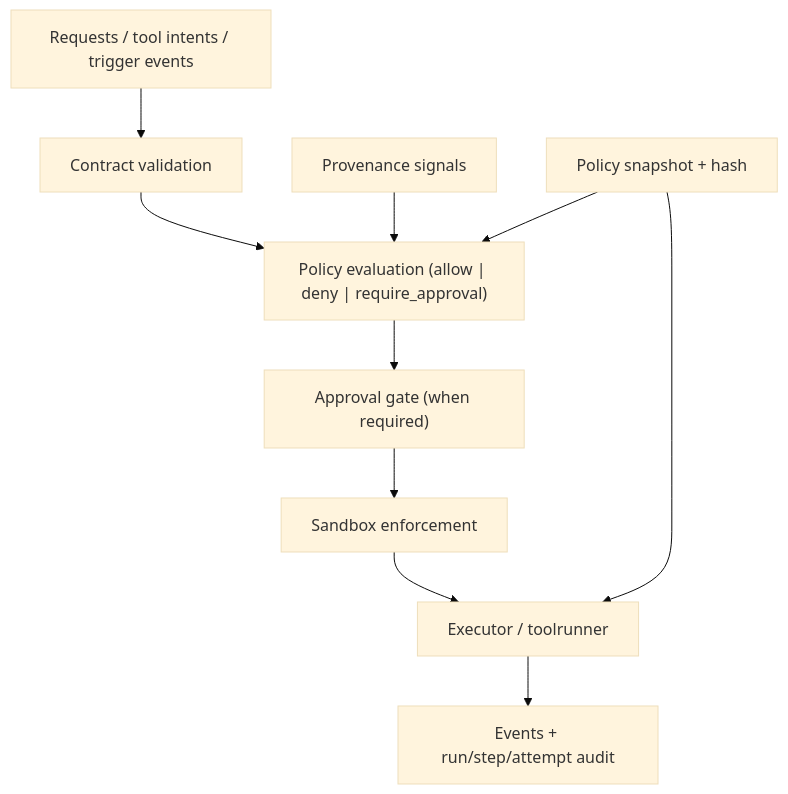
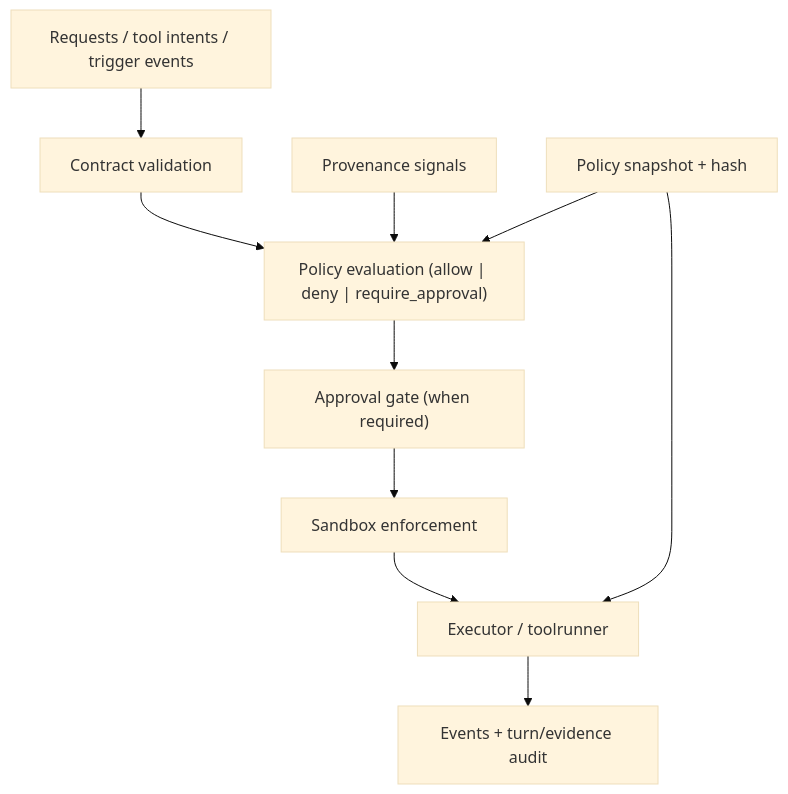
The diagram in docs/architecture/gateway/sandbox-policy/index.md (tyrumai/tyrum), drawn with Mermaid (base theme) before and after one commit. The commit also changed other lines of this file and 56 other files, not shown here.

Commit message:
docs: rewrite architecture around conversations and turns (#1829)

````diff
--- a/docs/architecture/gateway/sandbox-policy/index.md
+++ b/docs/architecture/gateway/sandbox-policy/index.md
@@ -17,13 +17,13 @@
 ```mermaid
 flowchart TB
   Ingress["Requests / tool intents / trigger events"] --> Contracts["Contract validation"]
   Contracts --> Policy["Policy evaluation (allow | deny | require_approval)"]
   Policy --> Approvals["Approval gate (when required)"]
   Approvals --> Sandbox["Sandbox enforcement"]
   Sandbox --> Execute["Executor / toolrunner"]
-  Execute --> Audit["Events + run/step/attempt audit"]
+  Execute --> Audit["Events + turn/evidence audit"]
 
   Provenance["Provenance signals"] --> Policy
   Snapshots["Policy snapshot + hash"] --> Policy
   Snapshots --> Execute
 ```
````
